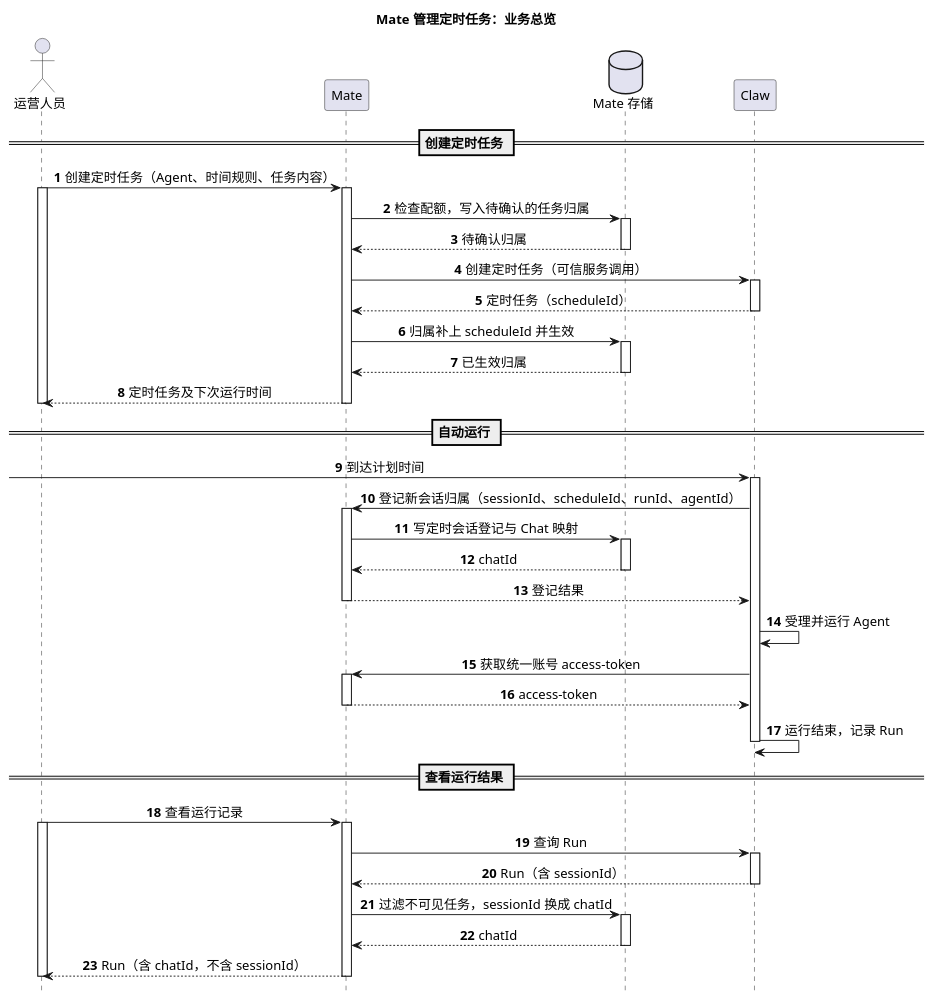
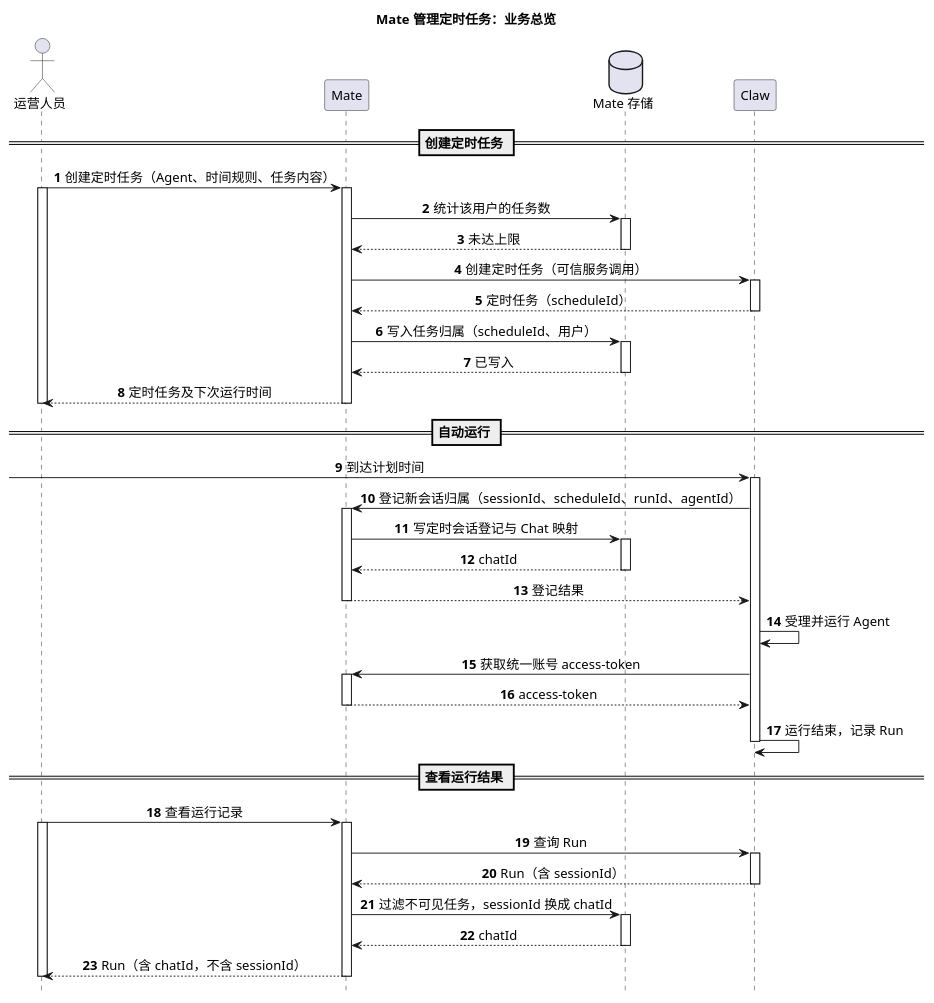
One commit to ssm0808/pi-mono-java-design changed the first of 4 diagrams in 02-服务与接口/08-mate-service定时任务/diagram.puml. Above: the diagram before and after it, drawn with PlantUML. The commit also changed other lines of this file and 6 other files, not shown here.

First line of the commit message:
Mate 定时任务：t_schedule 只记录归属，去掉归属表与配额表

```diff
--- a/02-服务与接口/08-mate-service定时任务/diagram.puml
+++ b/02-服务与接口/08-mate-service定时任务/diagram.puml
@@ -1,48 +1,48 @@
 @startuml mate_schedule_overview
 ' 目标：待实现；Mate 侧业务总览，从创建定时任务、一次自动运行到查看运行结果。
 ' Claw 基线：pi-mono-java main ead67eba；Claw 侧规则以 01-总体架构/08-CampusClaw定时任务/README.md 0.66.0 为准。
 ' mate-service 源码未核验；Mate 存储为逻辑记录，物理表由 Mate 实现决定。
 ' 粒度：参与者为服务级；Mate 内部组件的协作见详细时序 mate_schedule_create 与 mate_session_registration。
 ' 表达方式：只画正常流程；失败与恢复见 README.md 第 5.2.1 节。
 title Mate 管理定时任务：业务总览
 hide footbox
 skinparam backgroundColor white
 skinparam defaultFontSize 14
 skinparam sequenceMessageAlign center
 actor "运营人员" as Operator
 participant "Mate" as Mate
 database "Mate 存储" as MateStore
 participant "Claw" as Claw
 autonumber
 == 创建定时任务 ==
 Operator -> Mate ++ : 创建定时任务（Agent、时间规则、任务内容）
 activate Operator
-Mate -> MateStore ++ : 检查配额，写入待确认的任务归属
-return 待确认归属
+Mate -> MateStore ++ : 统计该用户的任务数
+return 未达上限
 Mate -> Claw ++ : 创建定时任务（可信服务调用）
 return 定时任务（scheduleId）
-Mate -> MateStore ++ : 归属补上 scheduleId 并生效
-return 已生效归属
+Mate -> MateStore ++ : 写入任务归属（scheduleId、用户）
+return 已写入
 return 定时任务及下次运行时间
 deactivate Operator
 == 自动运行 ==
 [-> Claw ++ : 到达计划时间
 Claw -> Mate ++ : 登记新会话归属（sessionId、scheduleId、runId、agentId）
 Mate -> MateStore ++ : 写定时会话登记与 Chat 映射
 return chatId
 return 登记结果
 Claw -> Claw : 受理并运行 Agent
 Claw -> Mate ++ : 获取统一账号 access-token
 return access-token
 Claw -> Claw : 运行结束，记录 Run
 deactivate Claw
 == 查看运行结果 ==
 Operator -> Mate ++ : 查看运行记录
 activate Operator
 Mate -> Claw ++ : 查询 Run
 return Run（含 sessionId）
 Mate -> MateStore ++ : 过滤不可见任务，sessionId 换成 chatId
 return chatId
 return Run（含 chatId，不含 sessionId）
 deactivate Operator
 @enduml
```
